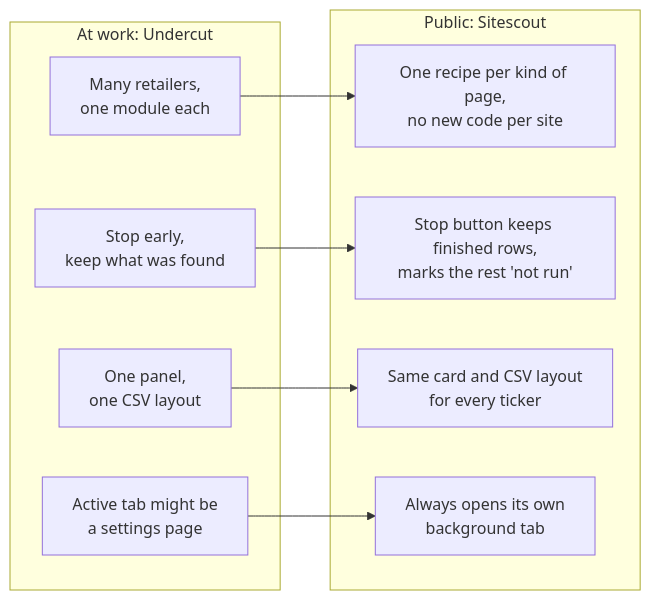
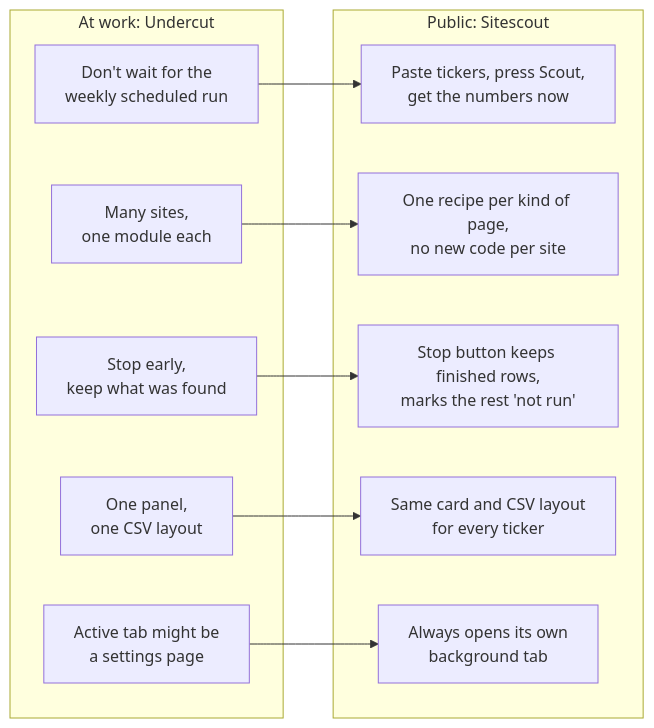
Before and after one commit to kmsmohamedansar/sitescout: the diagram in docs/diagrams/4-undercut-to-sitescout.mmd, drawn with Mermaid. The commit also changed 5 other files, not shown here.

```diff
--- a/docs/diagrams/4-undercut-to-sitescout.mmd
+++ b/docs/diagrams/4-undercut-to-sitescout.mmd
@@ -1,17 +1,20 @@
 flowchart LR
   subgraph W["At work: Undercut"]
-    W1["Many retailers,<br/>one module each"]
+    W0["Don't wait for the<br/>weekly scheduled run"]
+    W1["Many sites,<br/>one module each"]
     W2["Stop early,<br/>keep what was found"]
     W3["One panel,<br/>one CSV layout"]
     W4["Active tab might be<br/>a settings page"]
   end
   subgraph S["Public: Sitescout"]
+    S0["Paste tickers, press Scout,<br/>get the numbers now"]
     S1["One recipe per kind of page,<br/>no new code per site"]
     S2["Stop button keeps finished rows,<br/>marks the rest 'not run'"]
     S3["Same card and CSV layout<br/>for every ticker"]
     S4["Always opens its own<br/>background tab"]
   end
+  W0 --> S0
   W1 --> S1
   W2 --> S2
   W3 --> S3
   W4 --> S4
```
